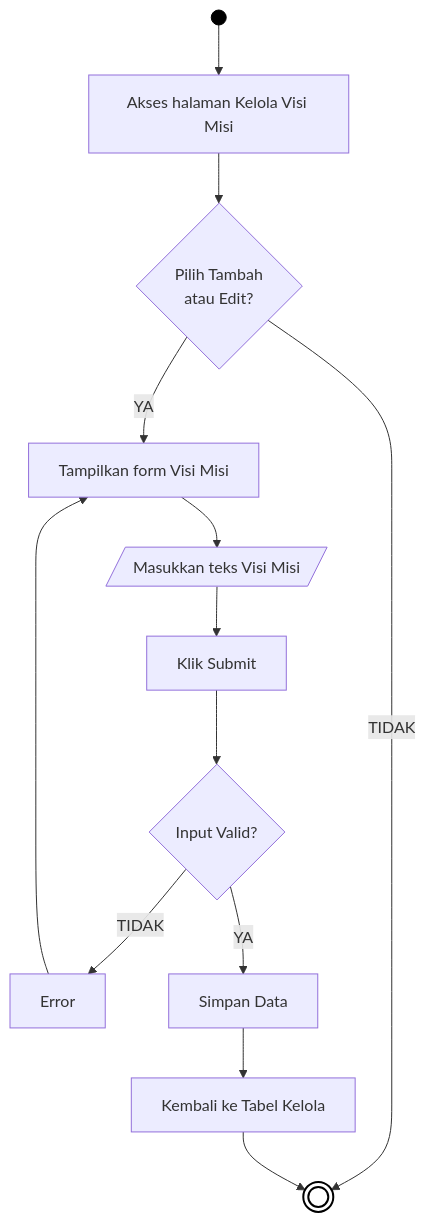
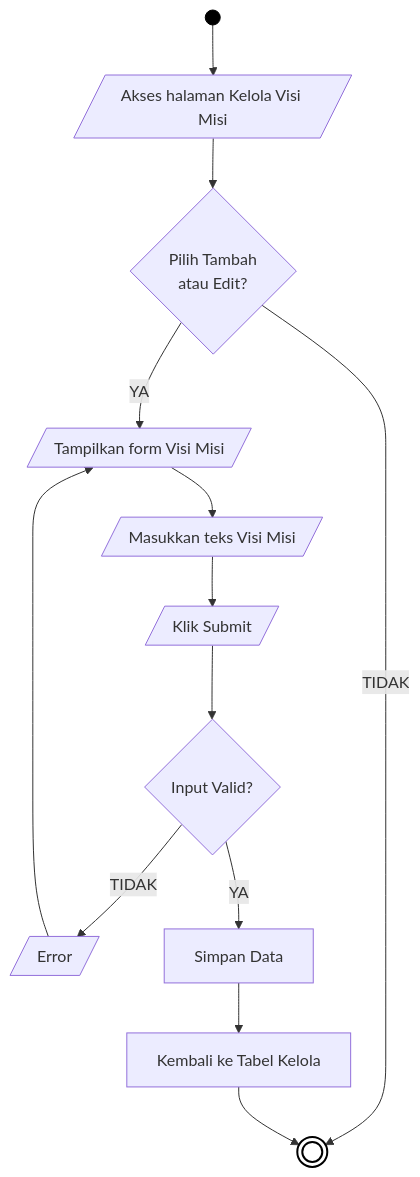
One commit to arbain-dev/Web_fikom changed the second of 21 diagrams in docs/01_DIAGRAM_AKTIVITAS.md. Above: the diagram before and after it, drawn with Mermaid. The commit also changed other lines of this file, not shown here.

````diff
--- a/docs/01_DIAGRAM_AKTIVITAS.md
+++ b/docs/01_DIAGRAM_AKTIVITAS.md
@@ -50,23 +50,23 @@
 ```mermaid
 flowchart TD
-    Start(( )) --> A[Akses halaman Kelola Visi Misi]
+    Start(( )) --> A[/Akses halaman Kelola Visi Misi/]
     
     A --> B{Pilih Tambah\natau Edit?}
     
-    B -- YA --> C[Tampilkan form Visi Misi]
+    B -- YA --> C[/Tampilkan form Visi Misi/]
     B -- TIDAK --> End((( )))
     
     C --> D[/Masukkan teks Visi Misi/]
-    D --> E[Klik Submit]
+    D --> E[/Klik Submit/]
     E --> F{Input Valid?}
     
-    F -- TIDAK --> G[Error]
+    F -- TIDAK --> G[/Error/]
     G --> C
     
     F -- YA --> H[Simpan Data]
     H --> I[Kembali ke Tabel Kelola]
     I --> End
     
     style Start fill:#000,stroke:#000,color:#000
     style End fill:#fff,stroke:#000,stroke-width:2px
 ```
````
